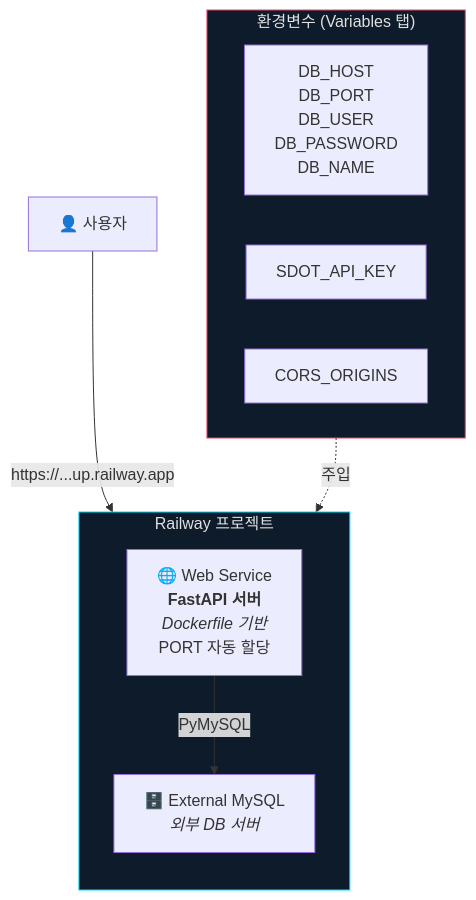
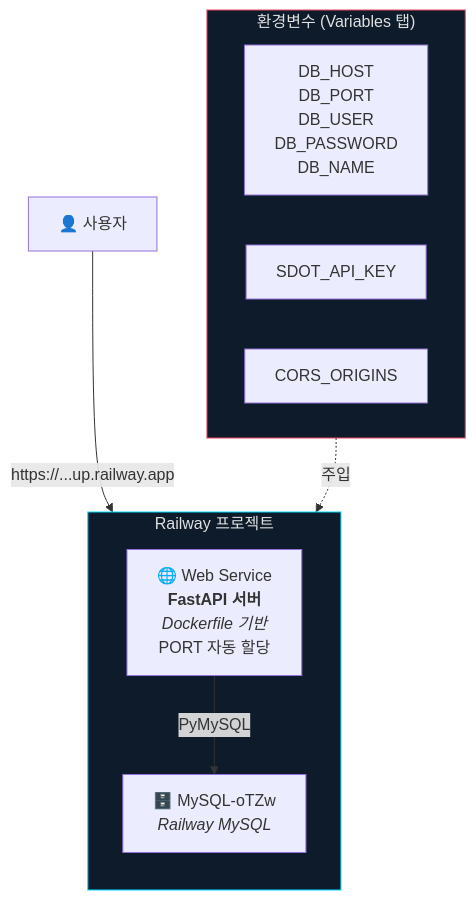
Before and after one commit to Technoetic/seoul-smartcity-dashboard: the fifth of 5 diagrams in README.md, drawn with Mermaid. The commit also changed other lines of this file, not shown here.

````diff
--- a/README.md
+++ b/README.md
@@ -417,22 +419,22 @@
 ```mermaid
 graph TB
     subgraph RAILWAY_PROJECT["Railway 프로젝트"]
         direction TB
         WEB["🌐 Web Service<br><b>FastAPI 서버</b><br><i>Dockerfile 기반</i><br>PORT 자동 할당"]
-        DB_EXT["🗄️ External MySQL<br><i>외부 DB 서버</i>"]
+        DB_EXT["🗄️ MySQL-oTZw<br><i>Railway MySQL</i>"]
     end
 
     subgraph ENV_VARS["환경변수 (Variables 탭)"]
         direction LR
         V1["DB_HOST<br>DB_PORT<br>DB_USER<br>DB_PASSWORD<br>DB_NAME"]
         V2["SDOT_API_KEY"]
         V3["CORS_ORIGINS"]
     end
 
     USER["👤 사용자"] -- "https://...up.railway.app" --> WEB
     ENV_VARS -. "주입" .-> WEB
     WEB -- "PyMySQL" --> DB_EXT
 
     style RAILWAY_PROJECT fill:#0d1b2a,stroke:#00d9ff,color:#e0e0e0
     style ENV_VARS fill:#0d1b2a,stroke:#e94560,color:#e0e0e0
 ```
````
